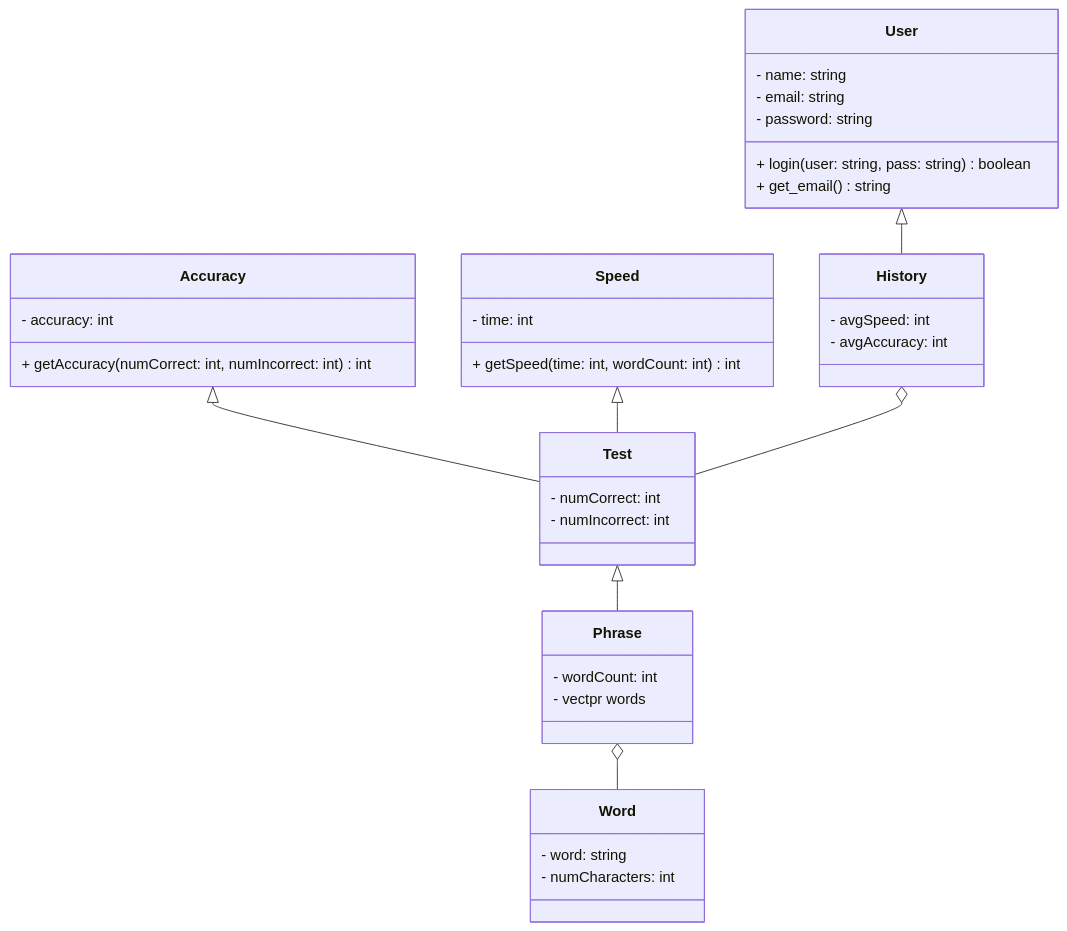
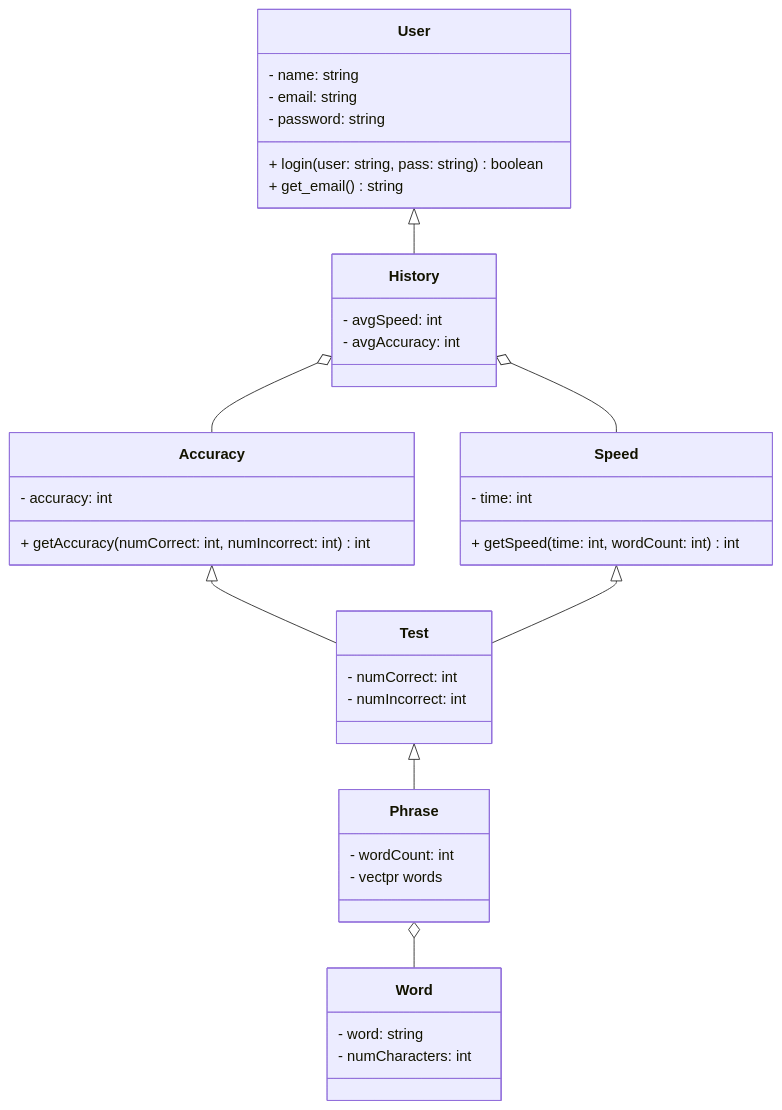
One commit to sbandaya/tippitytappity-design changed the diagram in README.md. Above: the diagram before and after it, drawn with Mermaid.

Commit message:
Update README with correct relationships in diagram

````diff
--- a/README.md
+++ b/README.md
@@ -8,42 +8,43 @@
 ```mermaid
 classDiagram
   Accuracy <|-- Test
   Speed <|-- Test
   Test <|-- Phrase
   User <|-- History
-  History o-- Test
+  History o-- Speed
+  History o-- Accuracy
   Phrase o-- Word
   
   class User{
         - name: string
         - email: string
         - password: string
         + login(user: string, pass: string) boolean
         + get_email() string
   }
   class Accuracy{
         - accuracy: int
         + getAccuracy( numCorrect: int, numIncorrect: int) int 
   }
   class Speed{
         - time: int
         + getSpeed(time: int, wordCount: int) int
   }
   class Word{
         - word: string
         - numCharacters: int 
   }
   class Phrase{
         - wordCount: int
         - vectpr<string> words
   }
   class Test{
         - numCorrect: int
         - numIncorrect: int
   }
   class History{
         - avgSpeed: int
         - avgAccuracy: int
   }
   
 ```
````
